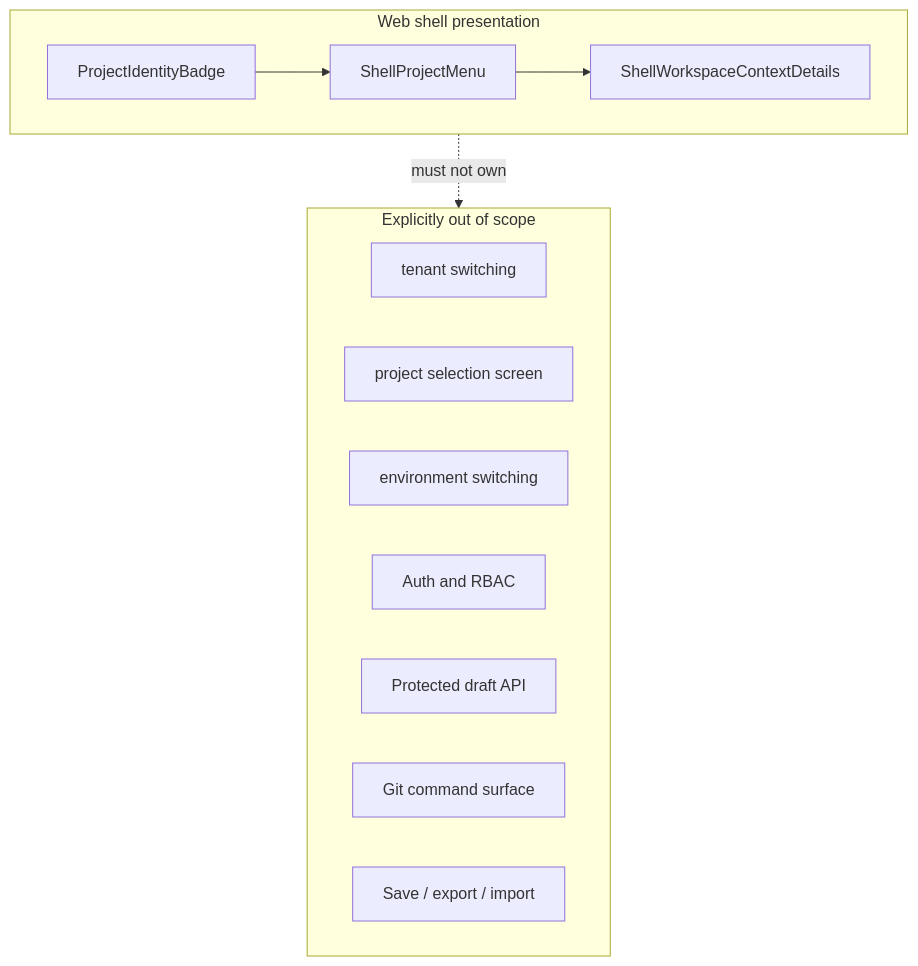
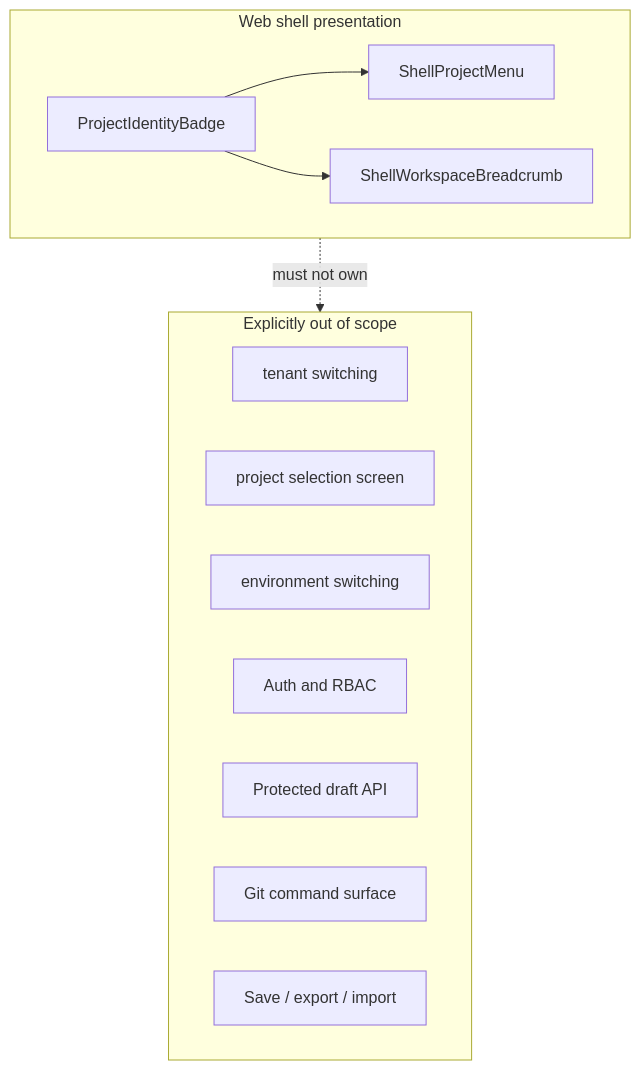
Before and after one commit to dunay2/dvt: the third of 4 diagrams in docs/architecture/components/web/appshell/shell-workspace-context-component.md, drawn with Mermaid. The commit also changed other lines of this file and 14 other files, not shown here.

Commit message:
refactor(web): Show workspace breadcrumb and consolidate project properties (#3848)

````diff
--- a/docs/architecture/components/web/appshell/shell-workspace-context-component.md
+++ b/docs/architecture/components/web/appshell/shell-workspace-context-component.md
@@ -96,22 +99,22 @@
 ```mermaid
 flowchart TB
   subgraph Shell["Web shell presentation"]
     BadgeModel["ProjectIdentityBadge"]
     Menu["ShellProjectMenu"]
-    Details["ShellWorkspaceContextDetails"]
+    Breadcrumb["ShellWorkspaceBreadcrumb"]
   end
 
   subgraph OutOfScope["Explicitly out of scope"]
     Tenant["tenant switching"]
     Project["project selection screen"]
     Environment["environment switching"]
     Auth["Auth and RBAC"]
     Draft["Protected draft API"]
     Git["Git command surface"]
     Persistence["Save / export / import"]
   end
 
   BadgeModel --> Menu
-  Menu --> Details
+  BadgeModel --> Breadcrumb
   Shell -. "must not own" .-> OutOfScope
 ```
````
